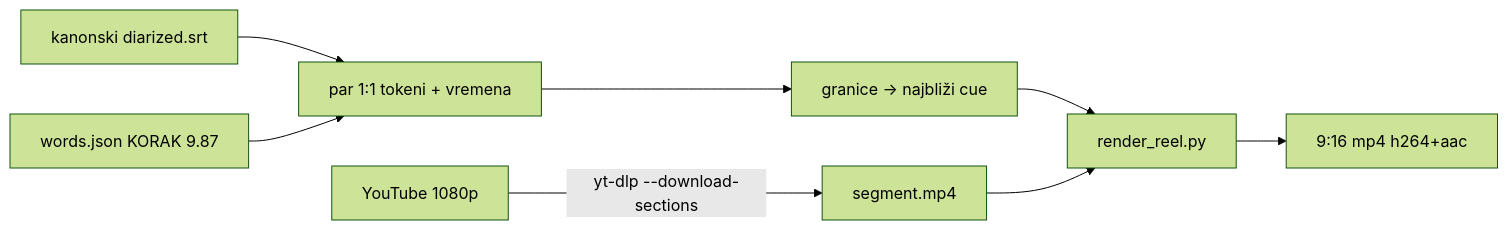
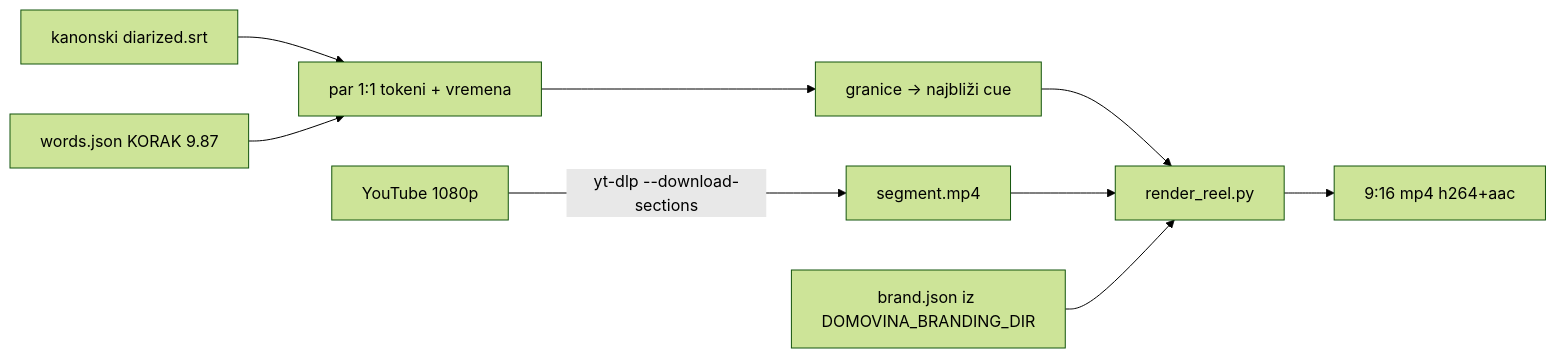
The diagram in docs/2026-10-08-reels-poc.md (domovinatv/fetch.domovina.tv), drawn with Mermaid (forest theme) before and after one commit. The commit also changed other lines of this file and 13 other files, not shown here.

````diff
--- a/docs/2026-10-08-reels-poc.md
+++ b/docs/2026-10-08-reels-poc.md
@@ -13,10 +16,11 @@
 ```mermaid
 flowchart LR
   SRT[kanonski diarized.srt] --> P[par 1:1 tokeni + vremena]
   WJ[words.json KORAK 9.87] --> P
   P --> G[granice → najbliži cue]
   YT[YouTube 1080p] -->|yt-dlp --download-sections| SEG[segment.mp4]
   G --> R[render_reel.py]
   SEG --> R
+  BR[brand.json iz DOMOVINA_BRANDING_DIR] --> R
   R --> OUT[9:16 mp4 h264+aac]
 ```
````
